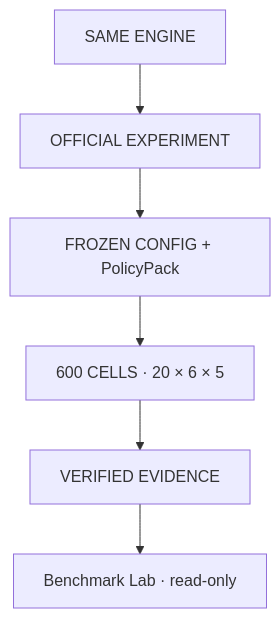
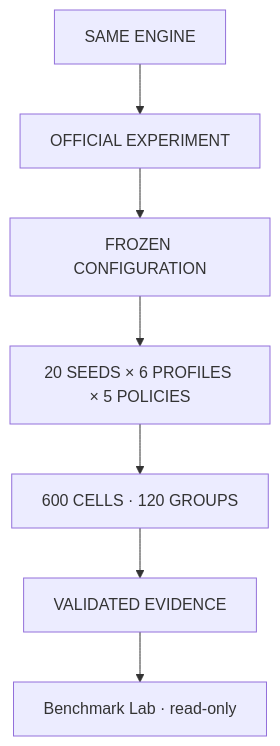
Before and after one commit to shriansh1625/razorpay_buildathon: the second of 3 diagrams in docs/43-operating-architecture.md, drawn with Mermaid. The commit also changed other lines of this file and 64 other files, not shown here.

````diff
--- a/docs/43-operating-architecture.md
+++ b/docs/43-operating-architecture.md
@@ -33,8 +32,9 @@
 ```mermaid
 flowchart TD
   ENG[SAME ENGINE] --> EXP[OFFICIAL EXPERIMENT]
-  EXP --> FZ[FROZEN CONFIG + PolicyPack]
-  FZ --> CELLS[600 CELLS · 20 × 6 × 5]
-  CELLS --> EV[VERIFIED EVIDENCE]
-  EV --> LAB[Benchmark Lab · read-only]
+  EXP --> FZ[FROZEN CONFIGURATION]
+  FZ --> GRID[20 SEEDS × 6 PROFILES × 5 POLICIES]
+  GRID --> CELLS[600 CELLS · 120 GROUPS]
+  CELLS --> VAL[VALIDATED EVIDENCE]
+  VAL --> LAB[Benchmark Lab · read-only]
 ```
````
